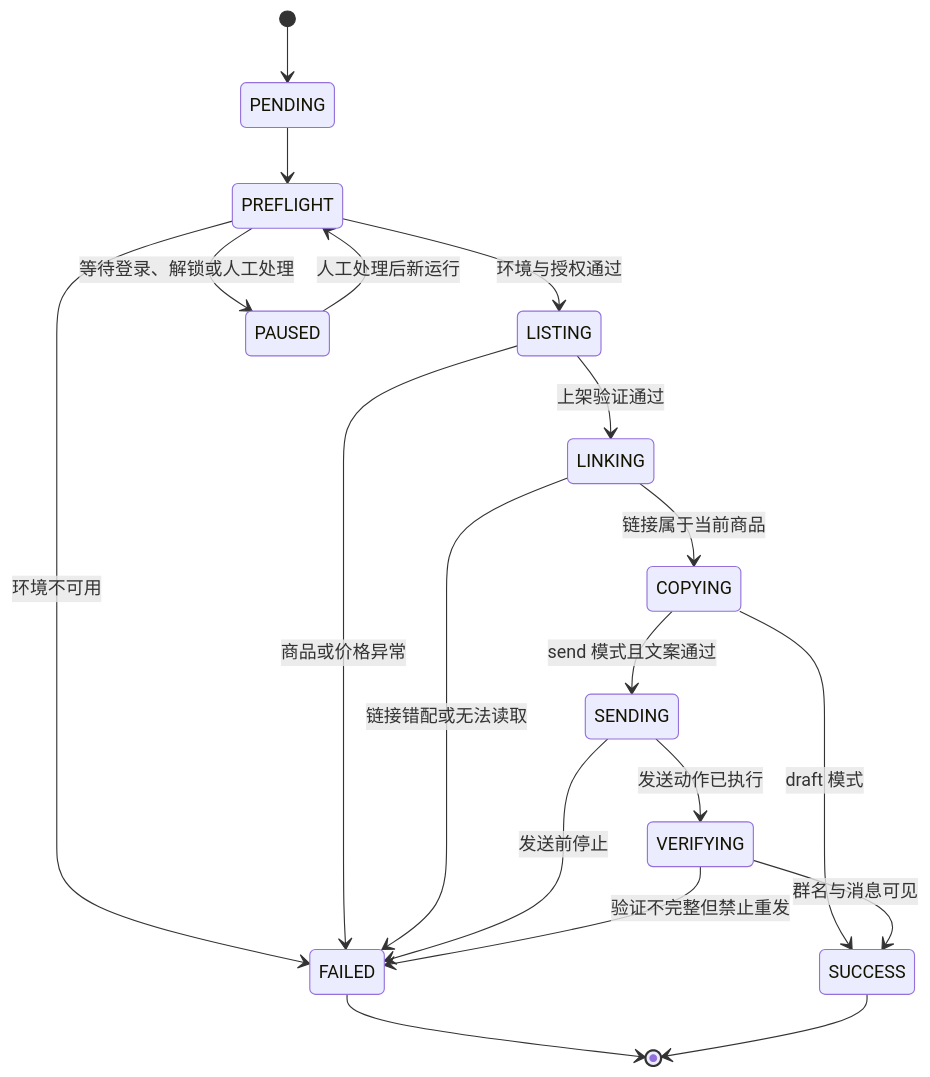
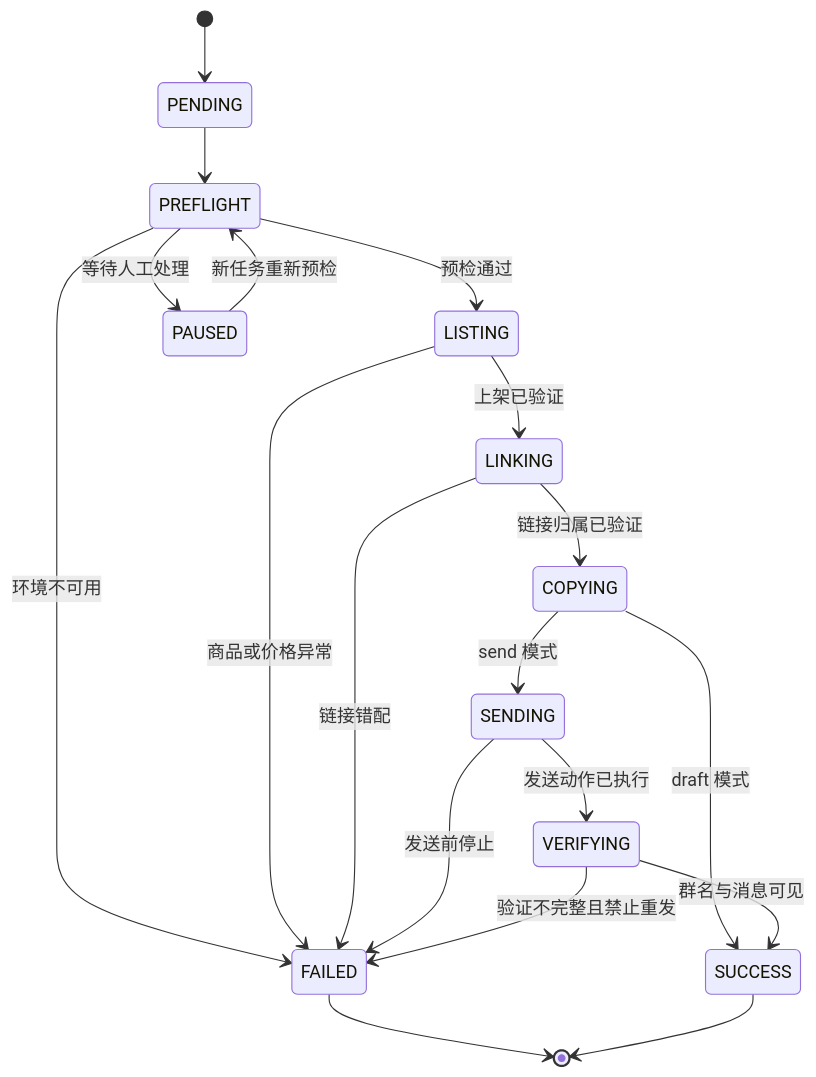
The third of 3 diagrams in ai/Using OpenClaw iPhone-use and WDA to automate Youzan WeChat promotion.md (Garden12138/notes), drawn with Mermaid before and after one commit. The commit also changed other lines of this file and 7 other files, not shown here.

````diff
--- a/ai/Using OpenClaw iPhone-use and WDA to automate Youzan WeChat promotion.md
+++ b/ai/Using OpenClaw iPhone-use and WDA to automate Youzan WeChat promotion.md
@@ -429,21 +283,21 @@
 ```mermaid
 stateDiagram-v2
     [*] --> PENDING
     PENDING --> PREFLIGHT
-    PREFLIGHT --> LISTING: 环境与授权通过
-    PREFLIGHT --> PAUSED: 等待登录、解锁或人工处理
+    PREFLIGHT --> LISTING: 预检通过
+    PREFLIGHT --> PAUSED: 等待人工处理
     PREFLIGHT --> FAILED: 环境不可用
-    LISTING --> LINKING: 上架验证通过
+    LISTING --> LINKING: 上架已验证
     LISTING --> FAILED: 商品或价格异常
-    LINKING --> COPYING: 链接属于当前商品
-    LINKING --> FAILED: 链接错配或无法读取
-    COPYING --> SENDING: send 模式且文案通过
+    LINKING --> COPYING: 链接归属已验证
+    LINKING --> FAILED: 链接错配
     COPYING --> SUCCESS: draft 模式
+    COPYING --> SENDING: send 模式
     SENDING --> VERIFYING: 发送动作已执行
     SENDING --> FAILED: 发送前停止
     VERIFYING --> SUCCESS: 群名与消息可见
-    VERIFYING --> FAILED: 验证不完整但禁止重发
-    PAUSED --> PREFLIGHT: 人工处理后新运行
+    VERIFYING --> FAILED: 验证不完整且禁止重发
+    PAUSED --> PREFLIGHT: 新任务重新预检
     FAILED --> [*]
     SUCCESS --> [*]
 ```
````
